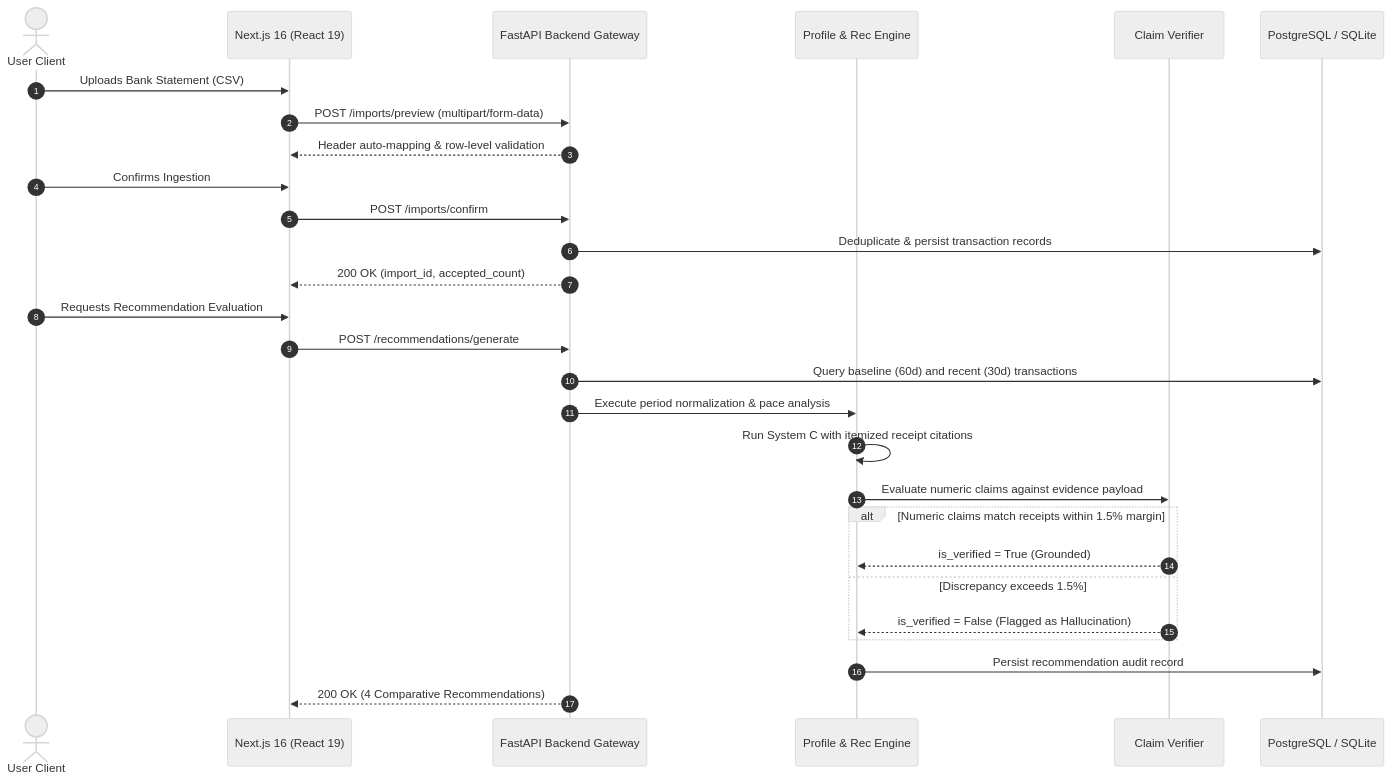
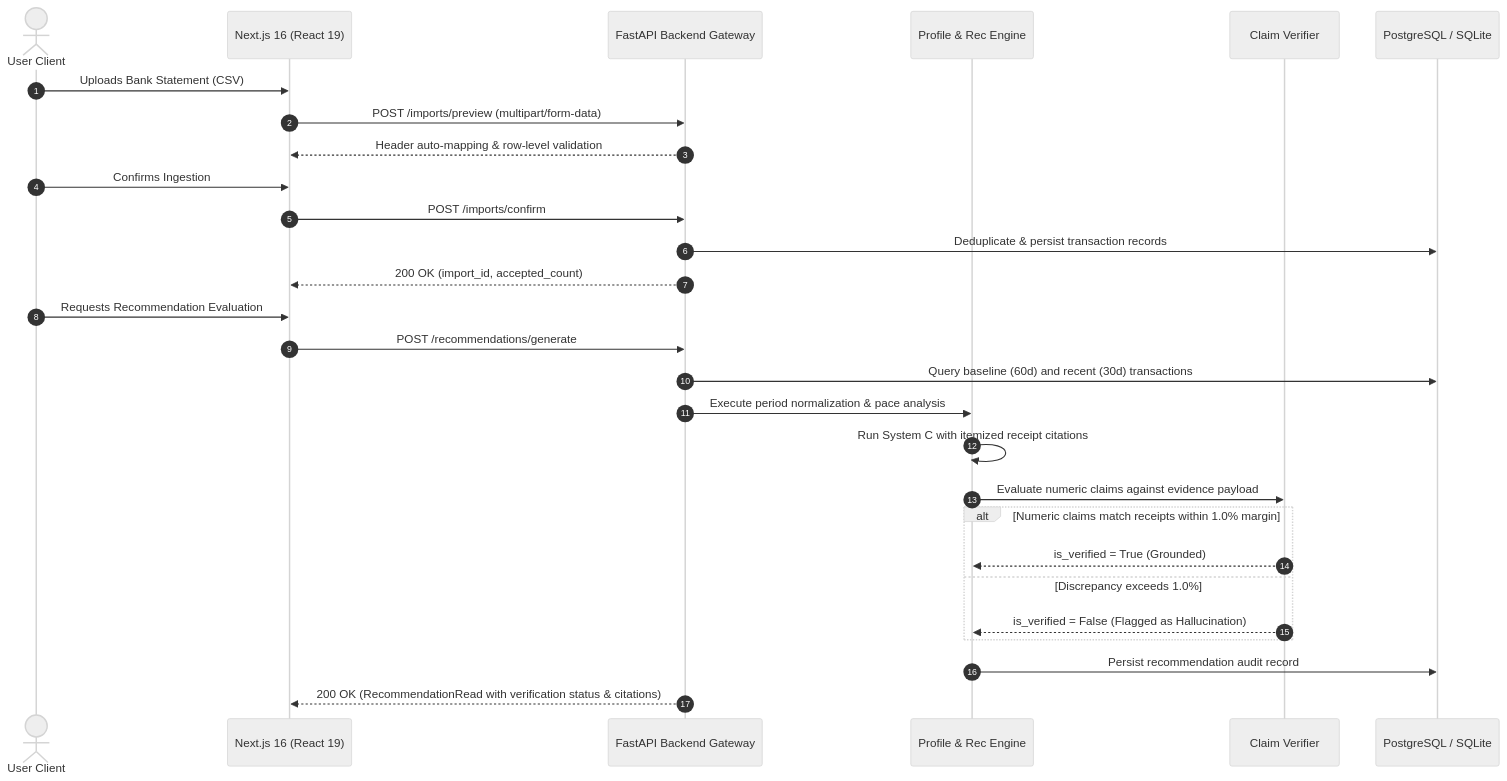
Before and after one commit to sriram36/FinSight: the first of 3 diagrams in docs/ARCHITECTURE.md, drawn with Mermaid (neutral theme). The commit also changed other lines of this file and 14 other files, not shown here.

````diff
--- a/docs/ARCHITECTURE.md
+++ b/docs/ARCHITECTURE.md
@@ -30,32 +30,32 @@
 ```mermaid
 sequenceDiagram
     autonumber
     actor User as User Client
     participant UI as Next.js 16 (React 19)
     participant API as FastAPI Backend Gateway
     participant Engine as Profile & Rec Engine
     participant Verifier as Claim Verifier
     participant DB as PostgreSQL / SQLite
 
     User->>UI: Uploads Bank Statement (CSV)
     UI->>API: POST /imports/preview (multipart/form-data)
     API-->>UI: Header auto-mapping & row-level validation
     User->>UI: Confirms Ingestion
     UI->>API: POST /imports/confirm
     API->>DB: Deduplicate & persist transaction records
     API-->>UI: 200 OK (import_id, accepted_count)
 
     User->>UI: Requests Recommendation Evaluation
     UI->>API: POST /recommendations/generate
     API->>DB: Query baseline (60d) and recent (30d) transactions
     API->>Engine: Execute period normalization & pace analysis
     Engine->>Engine: Run System C with itemized receipt citations
     Engine->>Verifier: Evaluate numeric claims against evidence payload
-    alt Numeric claims match receipts within 1.5% margin
+    alt Numeric claims match receipts within 1.0% margin
         Verifier-->>Engine: is_verified = True (Grounded)
-    else Discrepancy exceeds 1.5%
+    else Discrepancy exceeds 1.0%
         Verifier-->>Engine: is_verified = False (Flagged as Hallucination)
     end
     Engine->>DB: Persist recommendation audit record
-    API-->>UI: 200 OK (4 Comparative Recommendations)
+    API-->>UI: 200 OK (RecommendationRead with verification status & citations)
 ```
````
